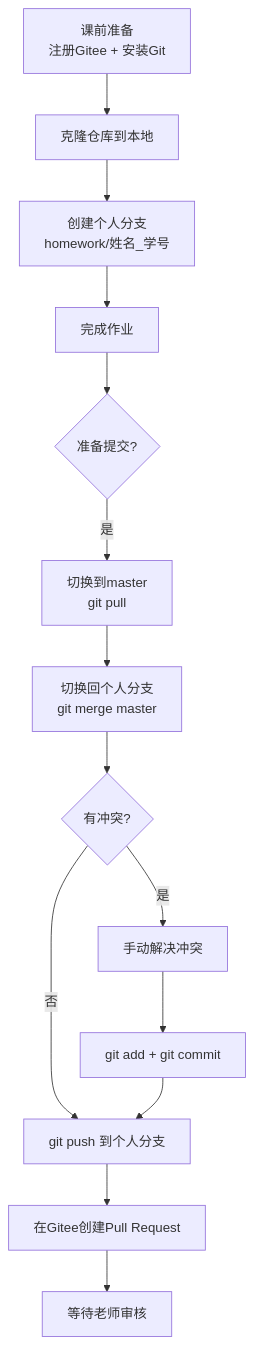
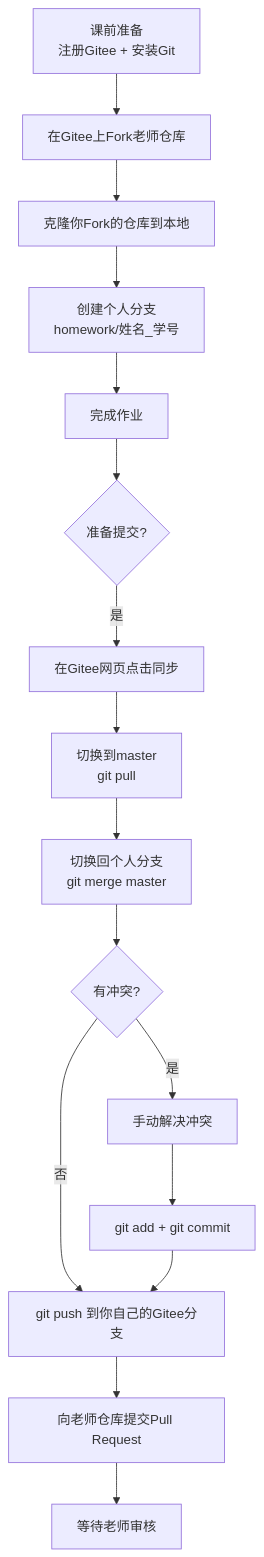
Before and after one commit to pywww/ai-tool-course-homework-2026: the diagram in README.md, drawn with Mermaid. The commit also changed other lines of this file, not shown here.

````diff
--- a/README.md
+++ b/README.md
@@ -550,16 +568,18 @@
 ```mermaid
 flowchart TD
-    A[课前准备<br/>注册Gitee + 安装Git] --> B[克隆仓库到本地]
-    B --> C[创建个人分支<br/>homework/姓名_学号]
+    A[课前准备<br/>注册Gitee + 安装Git] --> B1[在Gitee上Fork老师仓库]
+    B1 --> B2[克隆你Fork的仓库到本地]
+    B2 --> C[创建个人分支<br/>homework/姓名_学号]
     C --> D[完成作业]
     D --> E{准备提交?}
-    E -->|是| F[切换到master<br/>git pull]
-    F --> G[切换回个人分支<br/>git merge master]
+    E -->|是| F1[在Gitee网页点击同步]
+    F1 --> F2[切换到master<br/>git pull]
+    F2 --> G[切换回个人分支<br/>git merge master]
     G --> H{有冲突?}
     H -->|是| I[手动解决冲突]
     I --> J[git add + git commit]
-    H -->|否| K[git push 到个人分支]
+    H -->|否| K[git push 到你自己的Gitee分支]
     J --> K
-    K --> L[在Gitee创建Pull Request]
+    K --> L[向老师仓库提交Pull Request]
     L --> M[等待老师审核]
 ```
````
